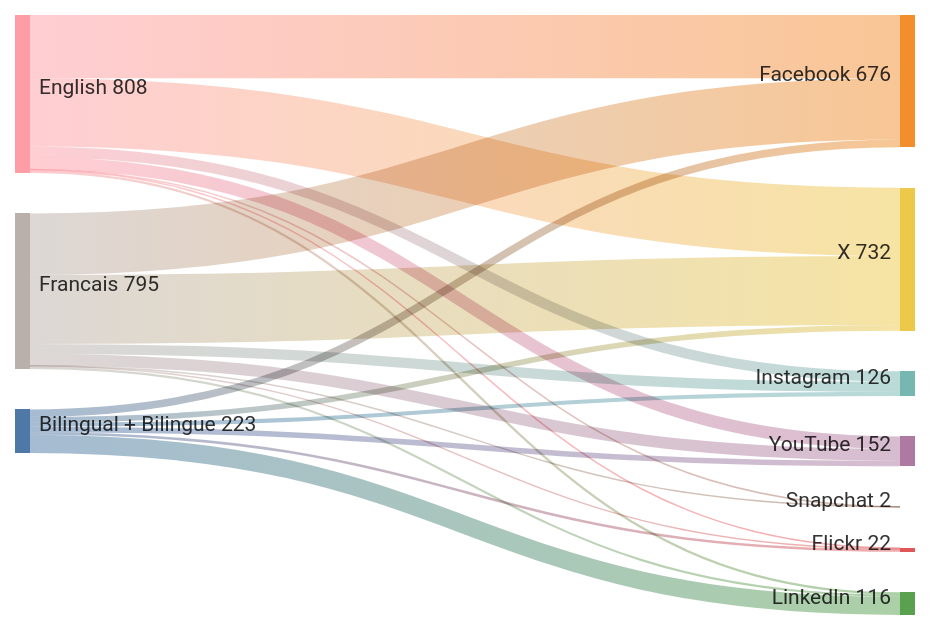
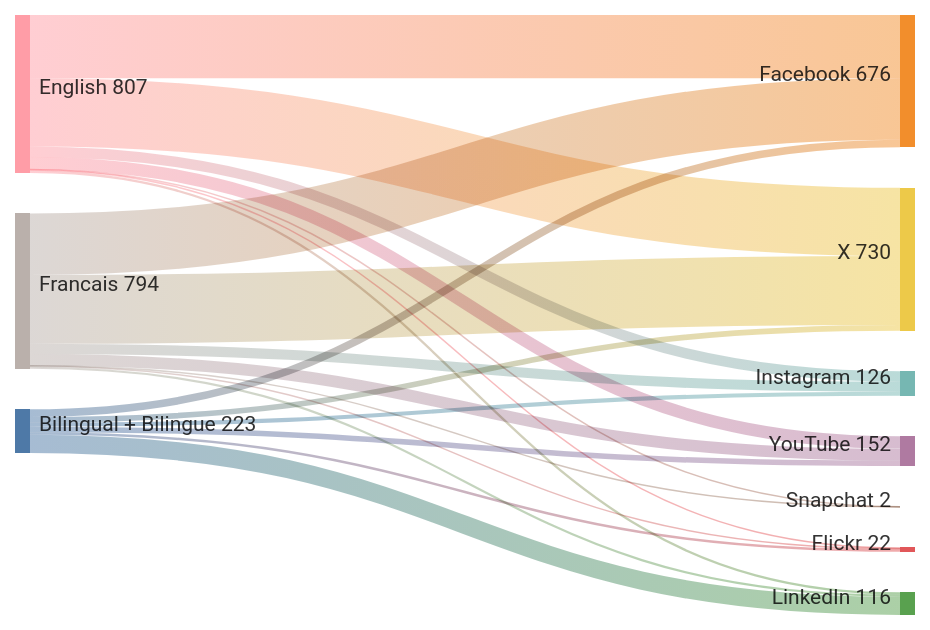
One commit to PatLittle/GC-Socials changed the diagram in sankey_diagram.md. Above: the diagram before and after it, drawn with Mermaid.

Commit message:
Update Sankey diagram for the most recent day

````diff
--- a/sankey_diagram.md
+++ b/sankey_diagram.md
@@ -1,23 +1,23 @@
 ```mermaid
 sankey-beta
   Bilingual + Bilingue,Facebook,39
   Bilingual + Bilingue,Flickr,13
   Bilingual + Bilingue,Instagram,21
   Bilingual + Bilingue,LinkedIn,93
   Bilingual + Bilingue,X,29
   Bilingual + Bilingue,YouTube,28
   English,Facebook,323
   English,Flickr,5
   English,Instagram,53
   English,LinkedIn,12
   English,Snapchat,1
-  English,X,350
+  English,X,349
   English,YouTube,64
   Francais,Facebook,314
   Francais,Flickr,4
   Francais,Instagram,52
   Francais,LinkedIn,11
   Francais,Snapchat,1
-  Francais,X,353
+  Francais,X,352
   Francais,YouTube,60
 ```
````
